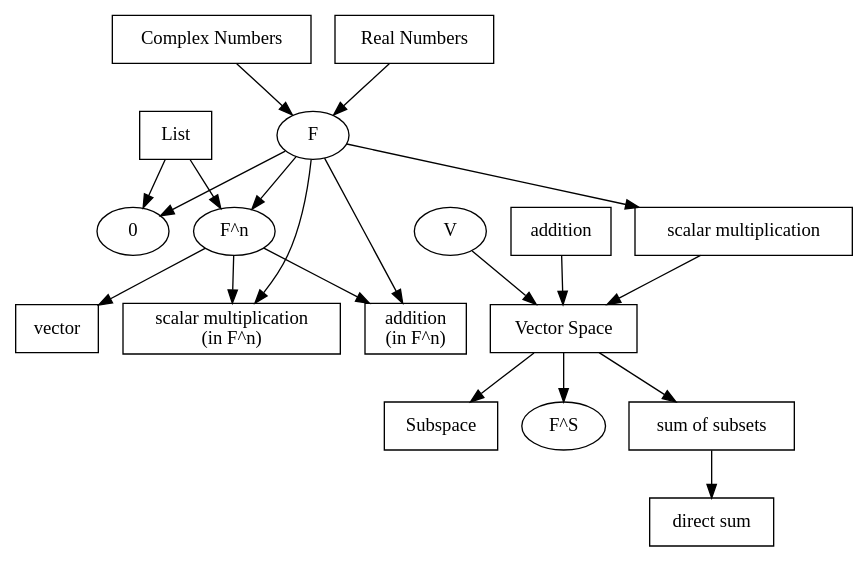
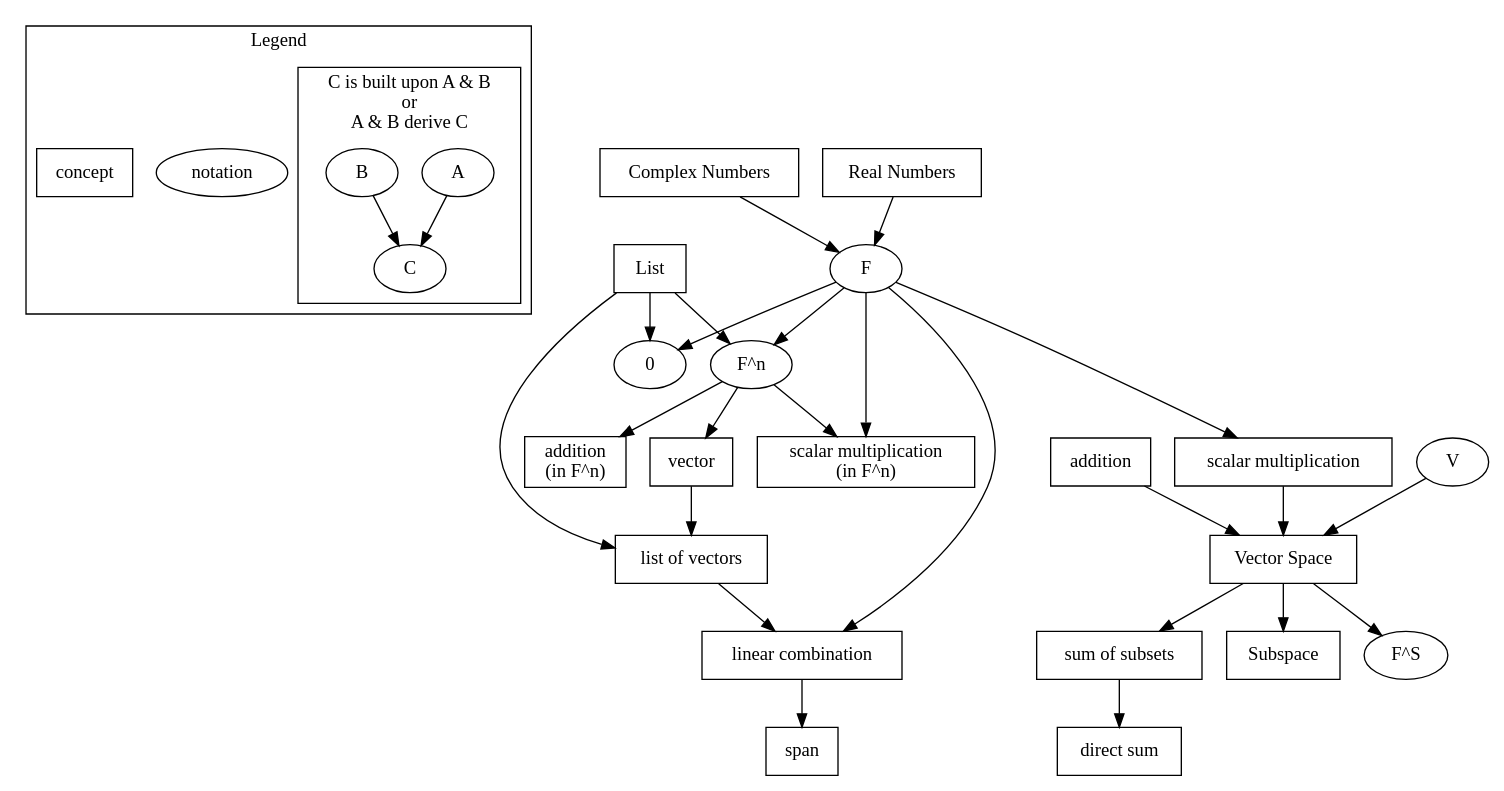
One commit to yaobinwen/robin_on_rails changed the diagram in Mathematics/Linear-Algebra/Linear-Algebra-Done-Right/Relations.dot. Above: the diagram before and after it, drawn with Graphviz. The commit also changed 2 other files, not shown here.

```diff
--- a/Mathematics/Linear-Algebra/Linear-Algebra-Done-Right/Relations.dot
+++ b/Mathematics/Linear-Algebra/Linear-Algebra-Done-Right/Relations.dot
@@ -1,41 +1,59 @@
 digraph LADR {
-    node_complex_num [label = "Complex Numbers";shape = rectangle;];
-    node_real_num [label = "Real Numbers";shape = rectangle;];
-    node_F [label = "F";];
-    node_list [label = "List";shape = rectangle;];
-    node_Fn [label = "F^n";];
-    node_zero [label = "0";];
-    node_vector [label = "vector";shape = rectangle;];
-    node_V [label = "V";];
-    node_addition_in_Fn [label = "addition\n(in F^n)";shape = rectangle;];
-    node_scalar_mul_in_Fn [label = "scalar multiplication\n(in F^n)";shape = rectangle;];
-    node_addition [label = "addition";shape = rectangle;];
-    node_scalar_mul [label = "scalar multiplication";shape = rectangle;];
-    node_vs [label = "Vector Space";shape = rectangle;];
-    node_sub_vs [label = "Subspace";shape = rectangle;];
-    node_FS [label = "F^S";];
-    node_sum_subsets [label = "sum of subsets";shape = rectangle;];
-    node_direct_sum [label = "direct sum";shape = rectangle;];
-    
+    subgraph cluster_Legend {
+        label = "Legend";
+        notion [label = "notation";];
+        concept [label = "concept";shape = rectangle;];
+        subgraph cluster_based_on {
+            label = "C is built upon A & B\nor\nA & B derive C";
+            {A B} -> C;
+        }
+    }
+    subgraph {
+        node_complex_num [label = "Complex Numbers";shape = rectangle;];
+        node_real_num [label = "Real Numbers";shape = rectangle;];
+    }
+    subgraph {
+        rank = "same";
+        node_F [label = "F";];
+        node_list [label = "List";shape = rectangle;];
+    }
+    subgraph {
+        rank = "same";
+        node_Fn [label = "F^n";];
+        node_zero [label = "0";];
+    }
+    subgraph {
+        rank = "same";
+        node_addition_in_Fn [label = "addition\n(in F^n)";shape = rectangle;];
+        node_scalar_mul_in_Fn [label = "scalar multiplication\n(in F^n)";shape = rectangle;];
+        node_addition [label = "addition";shape = rectangle;];
+        node_scalar_mul [label = "scalar multiplication";shape = rectangle;];
+    }
+    subgraph {
+        node_vector [label = "vector";shape = rectangle;];
+        node_V [label = "V";];
+        node_vs [label = "Vector Space";shape = rectangle;];
+        node_sub_vs [label = "Subspace";shape = rectangle;];
+        node_FS [label = "F^S";];
+        node_sum_subsets [label = "sum of subsets";shape = rectangle;];
+        node_direct_sum [label = "direct sum";shape = rectangle;];
+        node_list_of_vectors [label = "list of vectors";shape = rectangle;];
+        node_linear_comb [label = "linear combination";shape = rectangle;];
+        node_span [label = "span";shape = rectangle;];
+    }
+    // ------------------------------------------------------------------------
     node_complex_num -> node_F;
     node_real_num -> node_F;
-    node_F -> node_Fn;
-    node_list -> node_Fn;
-    node_F -> node_zero;
-    node_list -> node_zero;
+    node_F -> {node_Fn node_zero};
+    node_list -> {node_Fn node_zero};
     node_F -> node_scalar_mul;
-    node_F -> node_addition_in_Fn;
+    {node_F node_Fn} -> {node_scalar_mul_in_Fn};
     node_Fn -> node_addition_in_Fn;
-    node_F -> node_scalar_mul_in_Fn;
-    node_Fn -> node_scalar_mul_in_Fn;
     node_Fn -> node_vector;
-    
-    node_addition -> node_vs;
-    node_scalar_mul -> node_vs;
-    node_V -> node_vs;
-    
-    node_vs -> node_FS;
-    node_vs -> node_sub_vs;
-    node_vs -> node_sum_subsets;
+    {node_addition node_scalar_mul node_V} -> node_vs;
+    node_vs -> {node_FS node_sub_vs node_sum_subsets};
     node_sum_subsets -> node_direct_sum;
+    {node_list node_vector} -> node_list_of_vectors;
+    {node_F node_list_of_vectors} -> node_linear_comb;
+    node_linear_comb -> node_span;
 }
```
